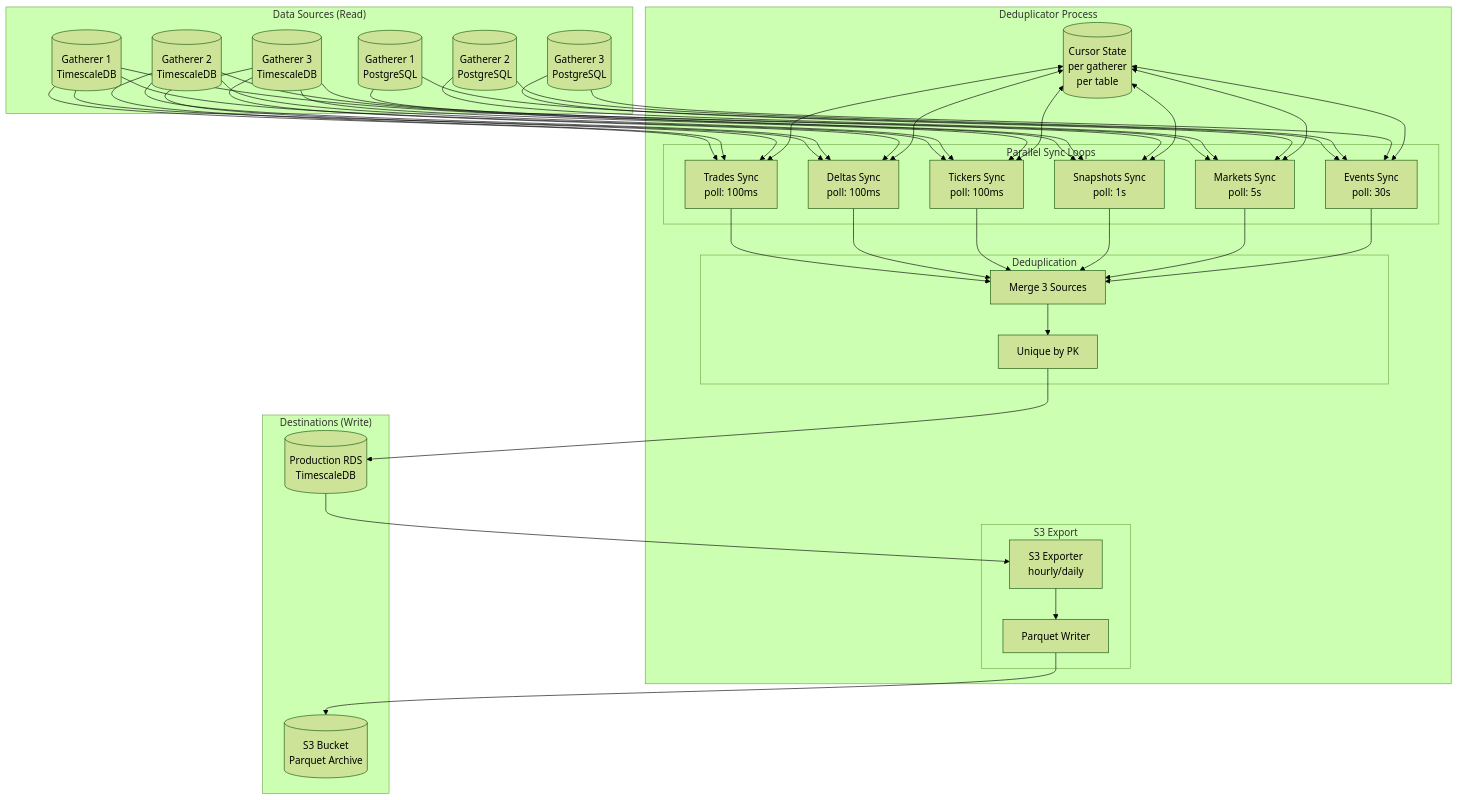
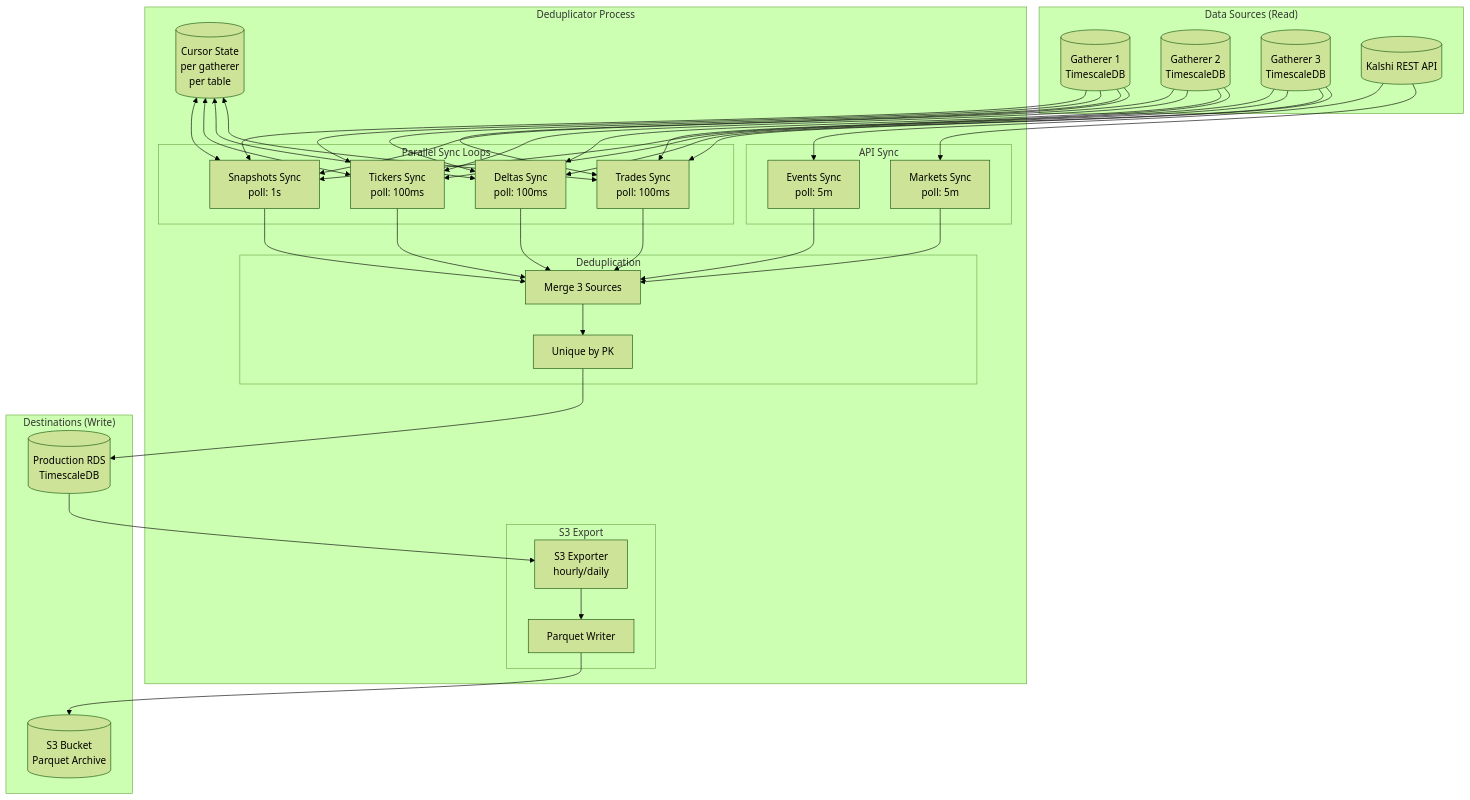
Before and after one commit to Projectsrxg/kalshi_v2: the third of 9 diagrams in docs/kalshi-data/architecture/overall_arch.md, drawn with Mermaid (forest theme). The commit also changed other lines of this file and 27 other files, not shown here.

Commit message:
rest api interface

````diff
--- a/docs/kalshi-data/architecture/overall_arch.md
+++ b/docs/kalshi-data/architecture/overall_arch.md
@@ -192,51 +186,52 @@
 ```mermaid
 flowchart TB
     subgraph Sources["Data Sources (Read)"]
         G1_TS[("Gatherer 1<br/>TimescaleDB")]
-        G1_PG[("Gatherer 1<br/>PostgreSQL")]
         G2_TS[("Gatherer 2<br/>TimescaleDB")]
-        G2_PG[("Gatherer 2<br/>PostgreSQL")]
         G3_TS[("Gatherer 3<br/>TimescaleDB")]
-        G3_PG[("Gatherer 3<br/>PostgreSQL")]
+        KALSHI[("Kalshi REST API")]
     end
 
     subgraph Deduplicator["Deduplicator Process"]
         subgraph SyncLoops["Parallel Sync Loops"]
             TRADES[Trades Sync<br/>poll: 100ms]
             DELTAS[Deltas Sync<br/>poll: 100ms]
             TICKERS[Tickers Sync<br/>poll: 100ms]
             SNAPS[Snapshots Sync<br/>poll: 1s]
-            MARKETS[Markets Sync<br/>poll: 5s]
-            EVENTS[Events Sync<br/>poll: 30s]
+        end
+
+        subgraph APISync["API Sync"]
+            MARKETS[Markets Sync<br/>poll: 5m]
+            EVENTS[Events Sync<br/>poll: 5m]
         end
 
         subgraph Dedup["Deduplication"]
             MERGE[Merge 3 Sources]
             UNIQUE[Unique by PK]
         end
 
         subgraph Export["S3 Export"]
             EXPORTER[S3 Exporter<br/>hourly/daily]
             PARQUET[Parquet Writer]
         end
 
         CURSORS[(Cursor State<br/>per gatherer<br/>per table)]
     end
 
     subgraph Destinations["Destinations (Write)"]
         RDS[("Production RDS<br/>TimescaleDB")]
         S3[("S3 Bucket<br/>Parquet Archive")]
     end
 
     G1_TS & G2_TS & G3_TS --> TRADES & DELTAS & TICKERS & SNAPS
-    G1_PG & G2_PG & G3_PG --> MARKETS & EVENTS
+    KALSHI --> MARKETS & EVENTS
 
     TRADES & DELTAS & TICKERS & SNAPS & MARKETS & EVENTS --> MERGE
     MERGE --> UNIQUE
     UNIQUE --> RDS
 
-    CURSORS <--> TRADES & DELTAS & TICKERS & SNAPS & MARKETS & EVENTS
+    CURSORS <--> TRADES & DELTAS & TICKERS & SNAPS
 
     RDS --> EXPORTER
     EXPORTER --> PARQUET --> S3
 ```
````
